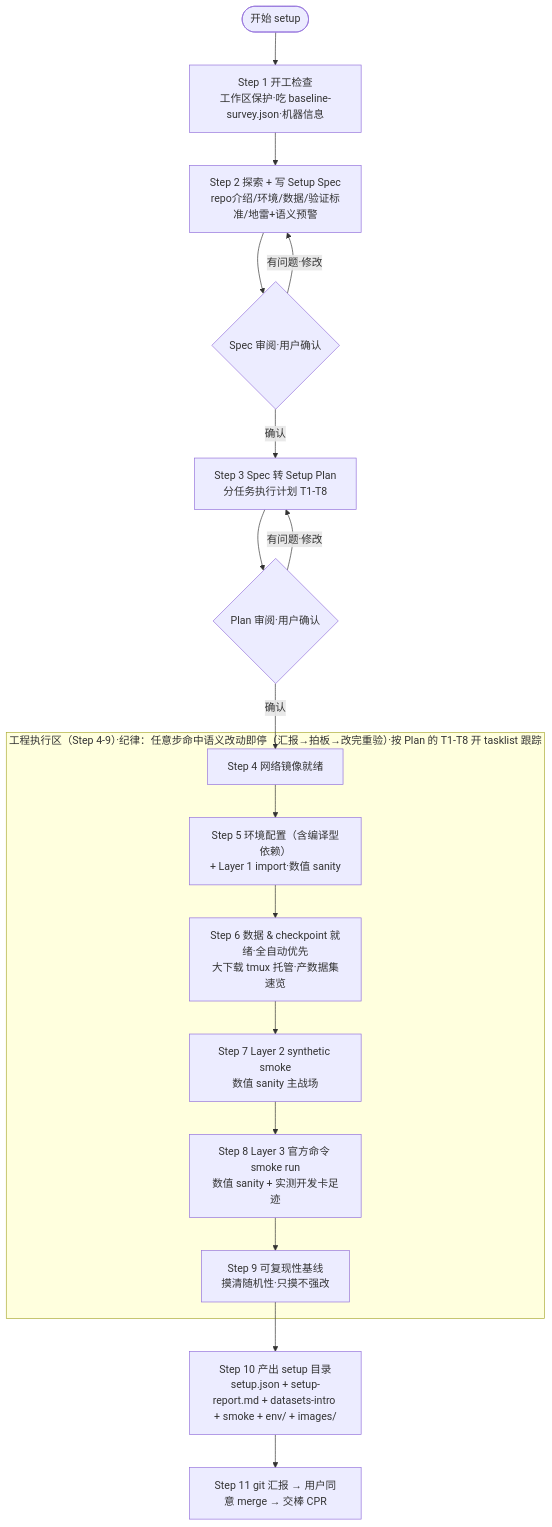
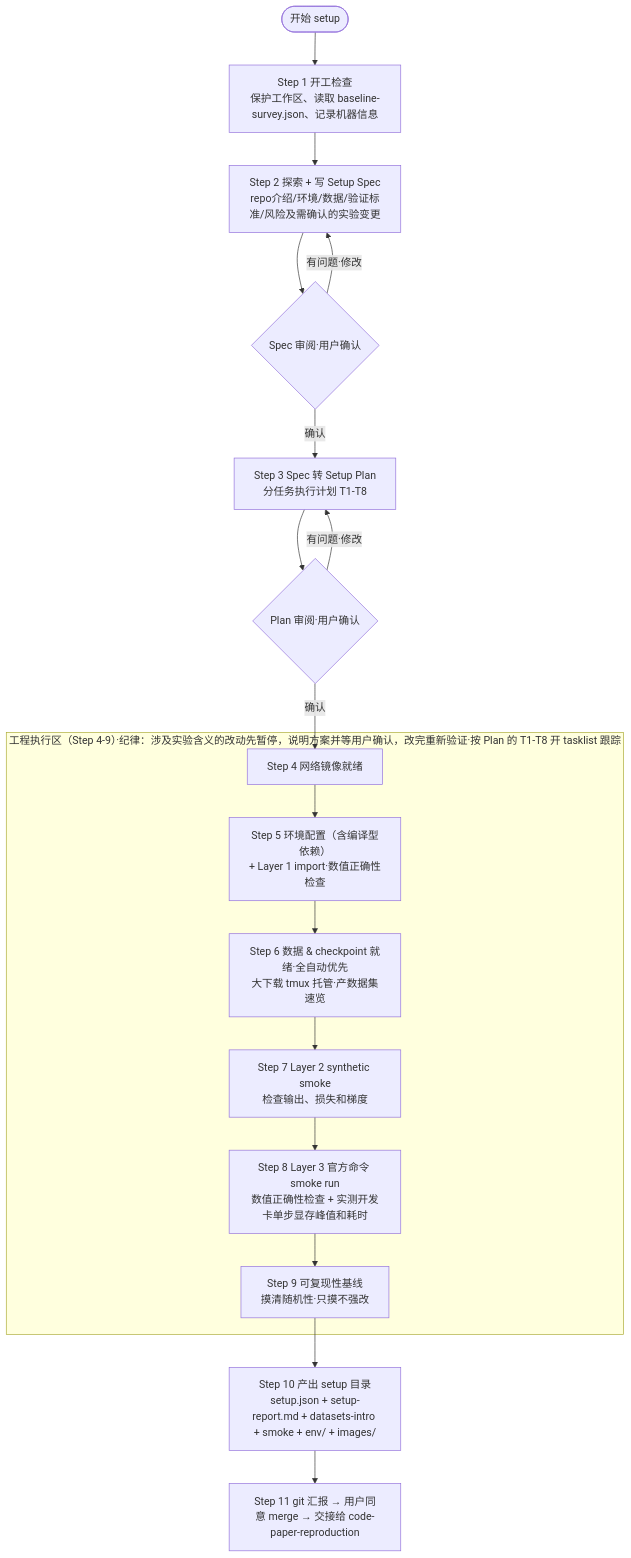
The third of 3 diagrams in plugins/dl-assistant/skills/code-project-setup/SKILL.md (jackwang0108/dl-assistant), drawn with Mermaid before and after one commit. The commit also changed other lines of this file and 143 other files, not shown here.

````diff
--- a/plugins/dl-assistant/skills/code-project-setup/SKILL.md
+++ b/plugins/dl-assistant/skills/code-project-setup/SKILL.md
@@ -165,22 +165,22 @@
 ```mermaid
 flowchart TD
-    START(["开始 setup"]) --> S1["Step 1 开工检查<br/>工作区保护·吃 baseline-survey.json·机器信息"]
-    S1 --> S2["Step 2 探索 + 写 Setup Spec<br/>repo介绍/环境/数据/验证标准/地雷+语义预警"]
+    START(["开始 setup"]) --> S1["Step 1 开工检查<br/>保护工作区、读取 baseline-survey.json、记录机器信息"]
+    S1 --> S2["Step 2 探索 + 写 Setup Spec<br/>repo介绍/环境/数据/验证标准/风险及需确认的实验变更"]
     S2 --> G1{"Spec 审阅·用户确认"}
     G1 -->|有问题·修改| S2
     G1 -->|确认| S3["Step 3 Spec 转 Setup Plan<br/>分任务执行计划 T1-T8"]
     S3 --> G2{"Plan 审阅·用户确认"}
     G2 -->|有问题·修改| S3
     G2 -->|确认| S4
 
-    subgraph EXEC["工程执行区（Step 4-9）·纪律：任意步命中语义改动即停（汇报→拍板→改完重验）·按 Plan 的 T1-T8 开 tasklist 跟踪"]
-        S4["Step 4 网络镜像就绪"] --> S5["Step 5 环境配置（含编译型依赖）<br/>+ Layer 1 import·数值 sanity"]
+    subgraph EXEC["工程执行区（Step 4-9）·纪律：涉及实验含义的改动先暂停，说明方案并等用户确认，改完重新验证·按 Plan 的 T1-T8 开 tasklist 跟踪"]
+        S4["Step 4 网络镜像就绪"] --> S5["Step 5 环境配置（含编译型依赖）<br/>+ Layer 1 import·数值正确性检查"]
         S5 --> S6["Step 6 数据 & checkpoint 就绪·全自动优先<br/>大下载 tmux 托管·产数据集速览"]
-        S6 --> S7["Step 7 Layer 2 synthetic smoke<br/>数值 sanity 主战场"]
-        S7 --> S8["Step 8 Layer 3 官方命令 smoke run<br/>数值 sanity + 实测开发卡足迹"]
+        S6 --> S7["Step 7 Layer 2 synthetic smoke<br/>检查输出、损失和梯度"]
+        S7 --> S8["Step 8 Layer 3 官方命令 smoke run<br/>数值正确性检查 + 实测开发卡单步显存峰值和耗时"]
         S8 --> S9["Step 9 可复现性基线<br/>摸清随机性·只摸不强改"]
     end
 
     S9 --> S10["Step 10 产出 setup 目录<br/>setup.json + setup-report.md + datasets-intro + smoke + env/ + images/"]
-    S10 --> S11["Step 11 git 汇报 → 用户同意 merge → 交棒 CPR"]
+    S10 --> S11["Step 11 git 汇报 → 用户同意 merge → 交接给 code-paper-reproduction"]
 ```
````
